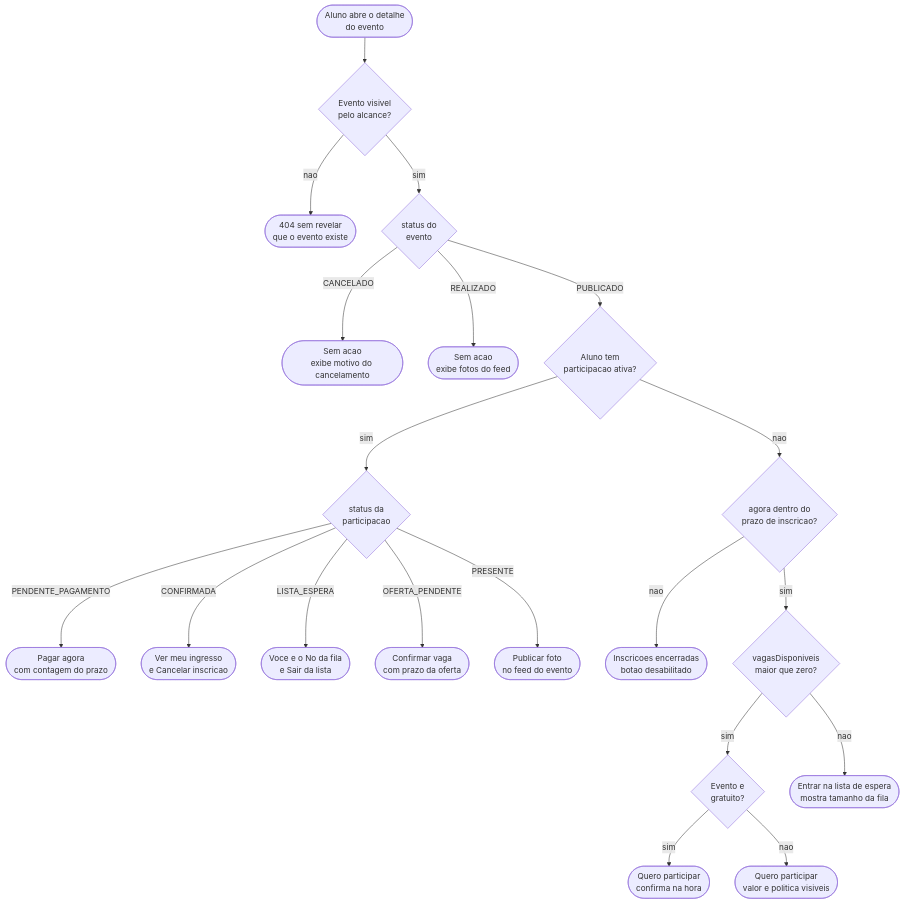
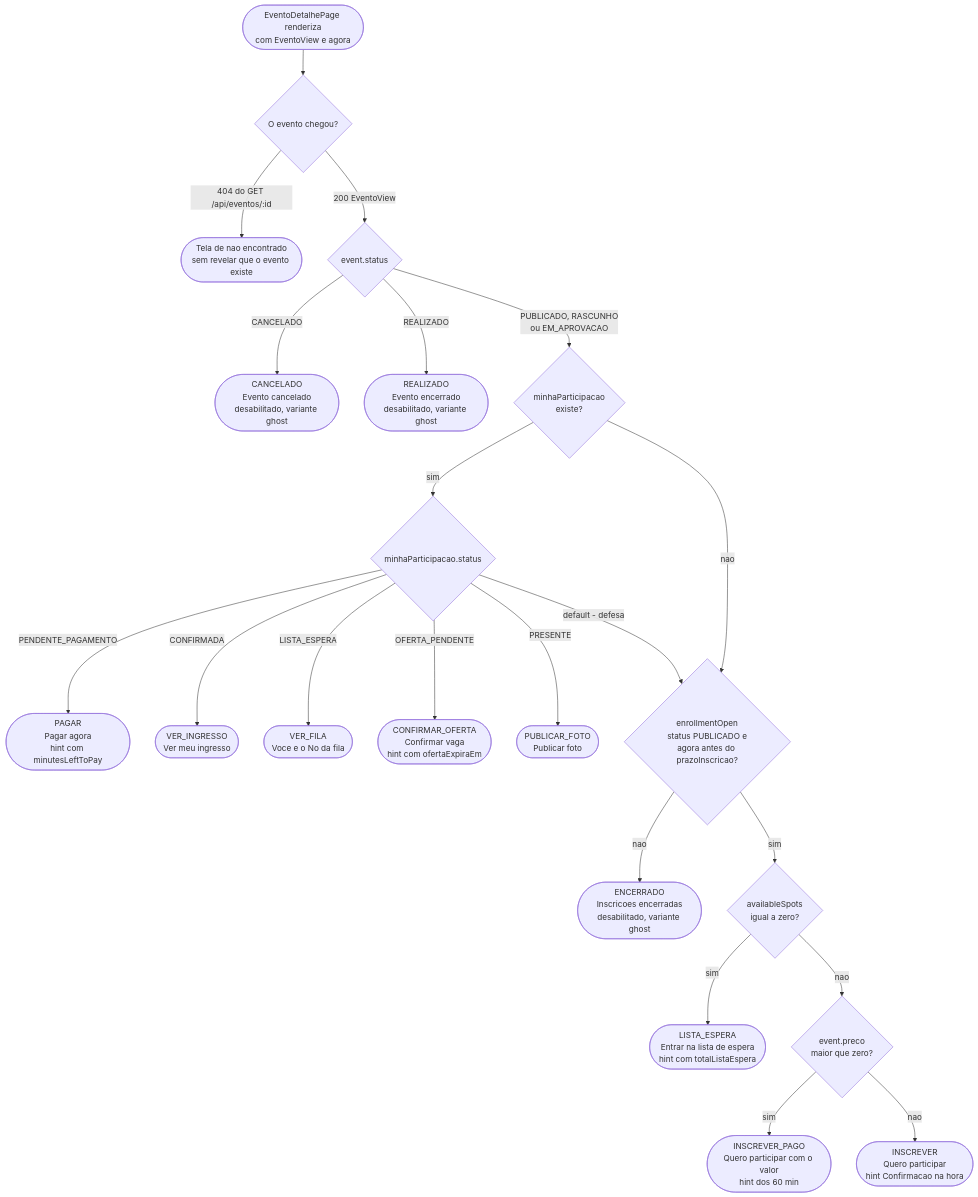
Before and after one commit to lukiin-z/campus: the second of 5 diagrams in docs/05-modelagem/05-diagrama-atividades.md, drawn with Mermaid. The commit also changed other lines of this file and 29 other files, not shown here.

First line of the commit message:
docs(uml): refaz sequencia e atividade a partir do codigo, nao da intencao

````diff
--- a/docs/05-modelagem/05-diagrama-atividades.md
+++ b/docs/05-modelagem/05-diagrama-atividades.md
@@ -133,25 +144,26 @@
 ```mermaid
 flowchart TD
-    A(["Aluno abre o detalhe<br/>do evento"]) --> V{"Evento visivel<br/>pelo alcance?"}
-    V -- "nao" --> R404(["404 sem revelar<br/>que o evento existe"])
-    V -- "sim" --> ST{"status do<br/>evento"}
+    A(["EventoDetalhePage renderiza<br/>com EventoView e agora"]) --> V{"O evento chegou?"}
+    V -- "404 do GET /api/eventos/:id" --> R404(["Tela de nao encontrado<br/>sem revelar que o evento existe"])
+    V -- "200 EventoView" --> ST{"event.status"}
 
-    ST -- "CANCELADO" --> BTN_CANC(["Sem acao<br/>exibe motivo do cancelamento"])
-    ST -- "REALIZADO" --> BTN_REAL(["Sem acao<br/>exibe fotos do feed"])
-    ST -- "PUBLICADO" --> P{"Aluno tem<br/>participacao ativa?"}
+    ST -- "CANCELADO" --> K1(["CANCELADO<br/>Evento cancelado<br/>desabilitado, variante ghost"])
+    ST -- "REALIZADO" --> K2(["REALIZADO<br/>Evento encerrado<br/>desabilitado, variante ghost"])
+    ST -- "PUBLICADO, RASCUNHO<br/>ou EM_APROVACAO" --> P{"minhaParticipacao<br/>existe?"}
 
-    P -- "sim" --> PST{"status da<br/>participacao"}
-    PST -- "PENDENTE_PAGAMENTO" --> B1(["Pagar agora<br/>com contagem do prazo"])
-    PST -- "CONFIRMADA" --> B2(["Ver meu ingresso<br/>e Cancelar inscricao"])
-    PST -- "LISTA_ESPERA" --> B3(["Voce e o No da fila<br/>e Sair da lista"])
-    PST -- "OFERTA_PENDENTE" --> B4(["Confirmar vaga<br/>com prazo da oferta"])
-    PST -- "PRESENTE" --> B5(["Publicar foto<br/>no feed do evento"])
+    P -- "sim" --> PST{"minhaParticipacao.status"}
+    PST -- "PENDENTE_PAGAMENTO" --> K3(["PAGAR<br/>Pagar agora<br/>hint com minutesLeftToPay"])
+    PST -- "CONFIRMADA" --> K4(["VER_INGRESSO<br/>Ver meu ingresso"])
+    PST -- "LISTA_ESPERA" --> K5(["VER_FILA<br/>Voce e o No da fila"])
+    PST -- "OFERTA_PENDENTE" --> K6(["CONFIRMAR_OFERTA<br/>Confirmar vaga<br/>hint com ofertaExpiraEm"])
+    PST -- "PRESENTE" --> K7(["PUBLICAR_FOTO<br/>Publicar foto"])
+    PST -- "default - defesa" --> PRZ
 
-    P -- "nao" --> PRZ{"agora dentro do<br/>prazo de inscricao?"}
-    PRZ -- "nao" --> B6(["Inscricoes encerradas<br/>botao desabilitado"])
-    PRZ -- "sim" --> CAP{"vagasDisponiveis<br/>maior que zero?"}
-    CAP -- "sim" --> PRECO{"Evento e<br/>gratuito?"}
-    PRECO -- "sim" --> B7(["Quero participar<br/>confirma na hora"])
-    PRECO -- "nao" --> B8(["Quero participar<br/>valor e politica visiveis"])
-    CAP -- "nao" --> B9(["Entrar na lista de espera<br/>mostra tamanho da fila"])
+    P -- "nao" --> PRZ{"enrollmentOpen<br/>status PUBLICADO e<br/>agora antes do prazoInscricao?"}
+    PRZ -- "nao" --> K8(["ENCERRADO<br/>Inscricoes encerradas<br/>desabilitado, variante ghost"])
+    PRZ -- "sim" --> CAP{"availableSpots<br/>igual a zero?"}
+    CAP -- "sim" --> K9(["LISTA_ESPERA<br/>Entrar na lista de espera<br/>hint com totalListaEspera"])
+    CAP -- "nao" --> PRECO{"event.preco<br/>maior que zero?"}
+    PRECO -- "sim" --> K10(["INSCREVER_PAGO<br/>Quero participar com o valor<br/>hint dos 60 min"])
+    PRECO -- "nao" --> K11(["INSCREVER<br/>Quero participar<br/>hint Confirmacao na hora"])
 ```
````
